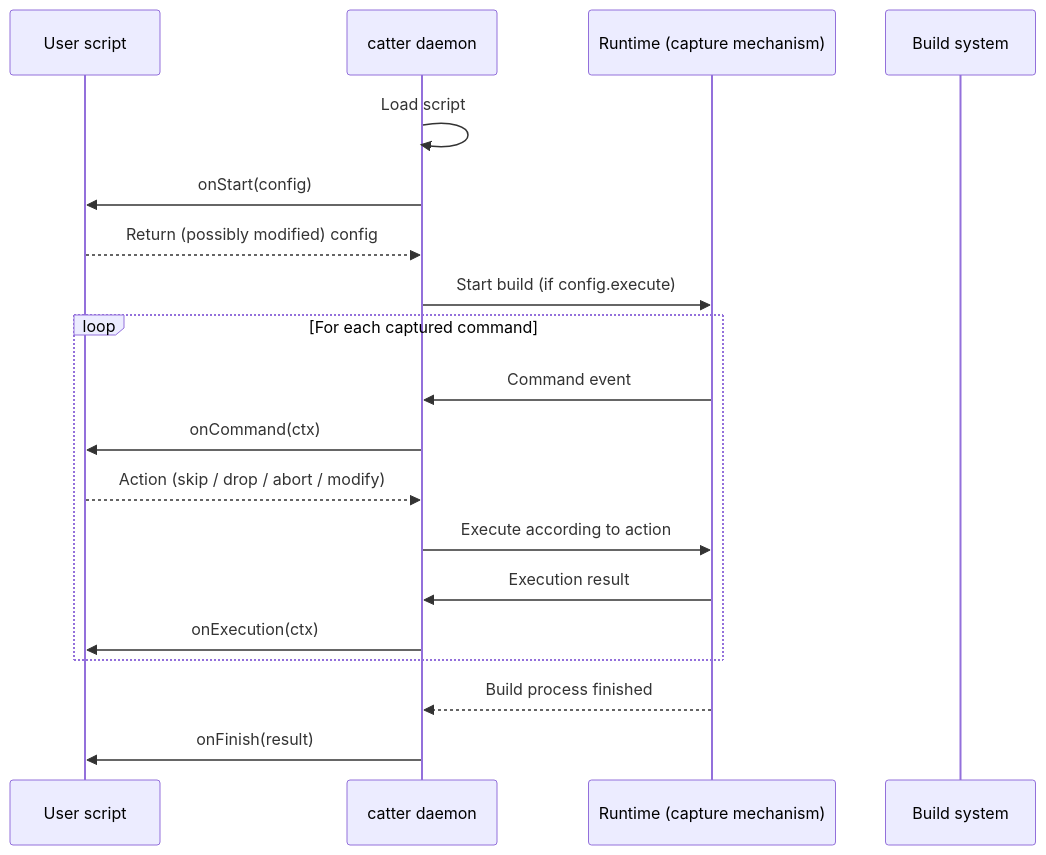
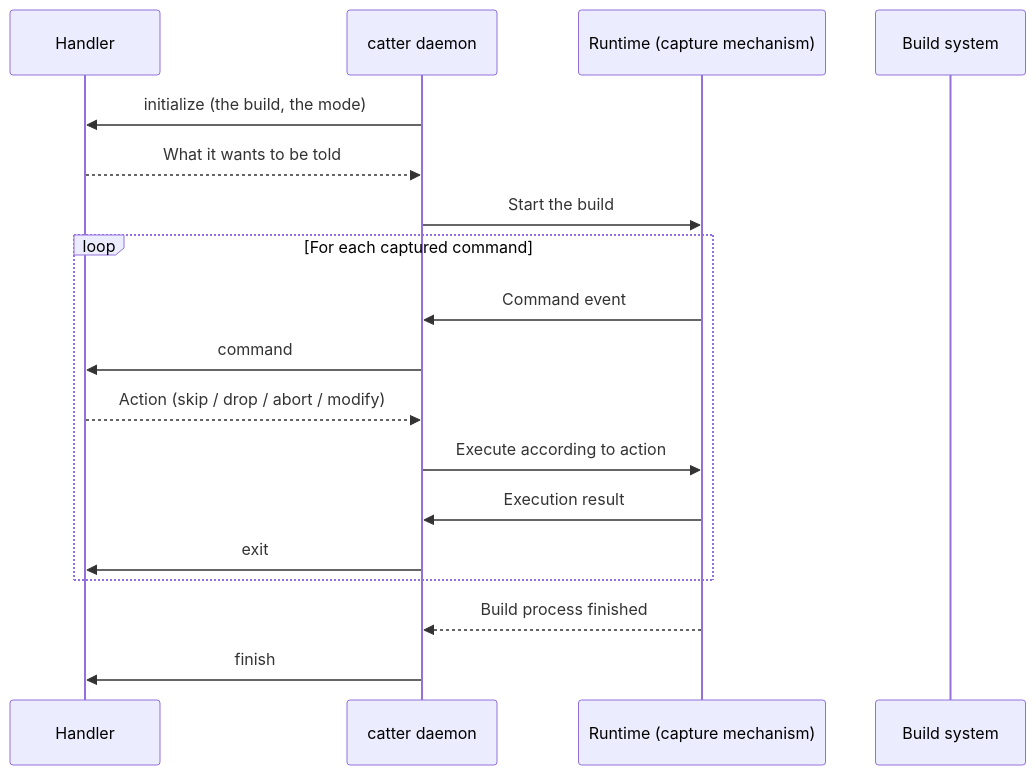
One commit to clice-io/catter changed the diagram in docs/en/design/architecture.md. Above: the diagram before and after it, drawn with Mermaid. The commit also changed other lines of this file and 267 other files, not shown here.

````diff
--- a/docs/en/design/architecture.md
+++ b/docs/en/design/architecture.md
@@ -28,22 +24,21 @@
 ```mermaid
 sequenceDiagram
-    participant Script as User script
+    participant Handler
     participant Catter as catter daemon
     participant Runtime as Runtime (capture mechanism)
     participant Build as Build system
 
-    Catter->>Catter: Load script
-    Catter->>Script: onStart(config)
-    Script-->>Catter: Return (possibly modified) config
-    Catter->>Runtime: Start build (if config.execute)
+    Catter->>Handler: initialize (the build, the mode)
+    Handler-->>Catter: What it wants to be told
+    Catter->>Runtime: Start the build
     loop For each captured command
         Runtime->>Catter: Command event
-        Catter->>Script: onCommand(ctx)
-        Script-->>Catter: Action (skip / drop / abort / modify)
+        Catter->>Handler: command
+        Handler-->>Catter: Action (skip / drop / abort / modify)
         Catter->>Runtime: Execute according to action
         Runtime->>Catter: Execution result
-        Catter->>Script: onExecution(ctx)
+        Catter->>Handler: exit
     end
     Runtime-->>Catter: Build process finished
-    Catter->>Script: onFinish(result)
+    Catter->>Handler: finish
 ```
````
